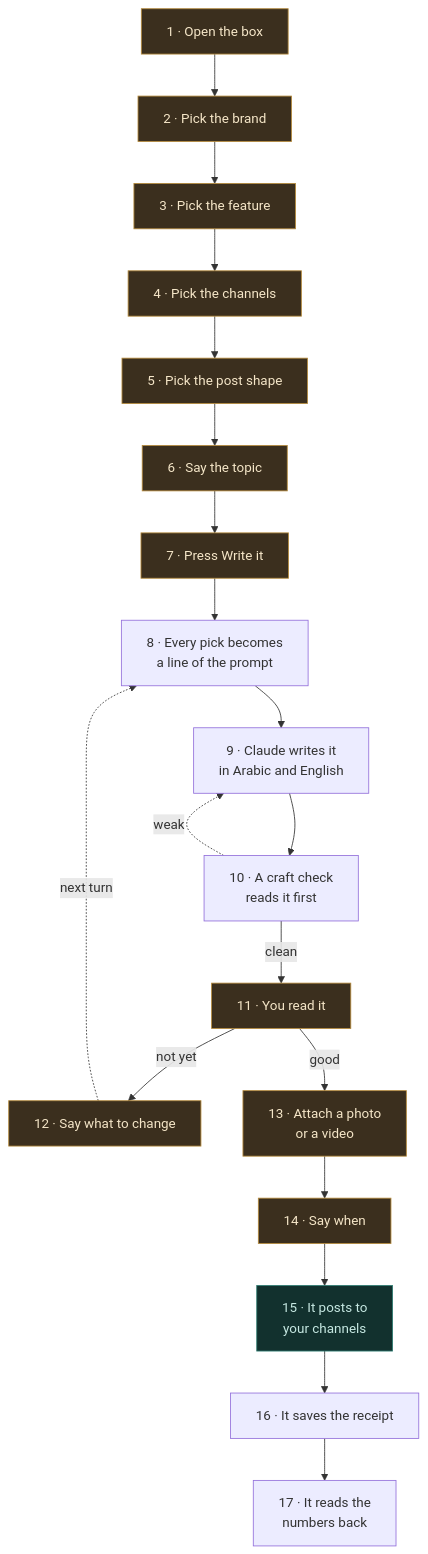
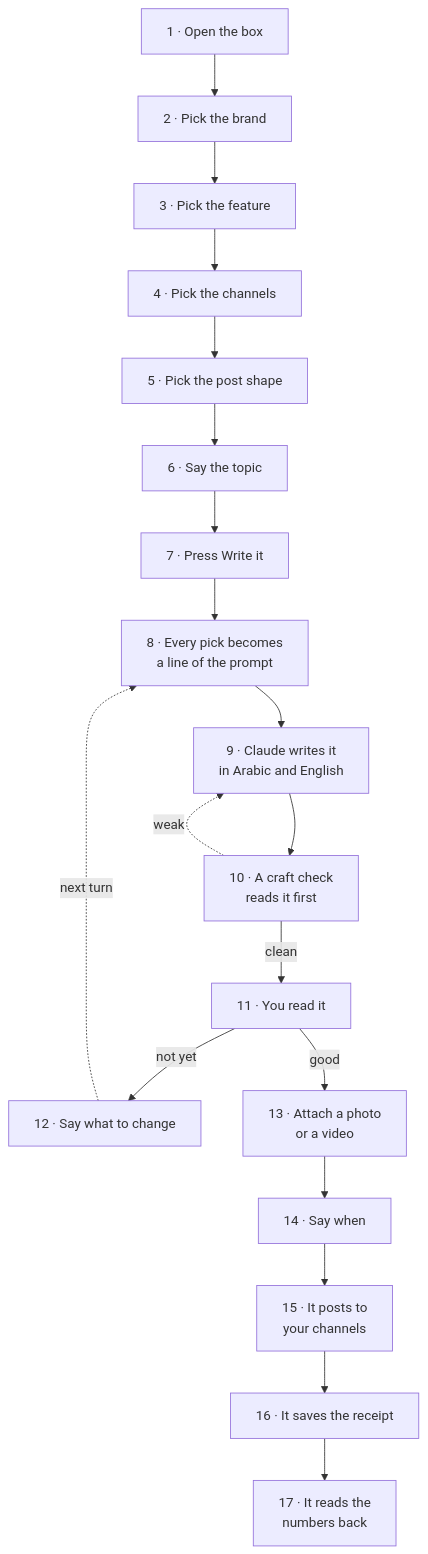
The first of 2 diagrams in content/docs/social/index.mdx (databayt/kun), drawn with Mermaid before and after one commit. The commit also changed other lines of this file, not shown here.

````diff
--- a/content/docs/social/index.mdx
+++ b/content/docs/social/index.mdx
@@ -15,32 +16,27 @@
 ```mermaid
 graph TD
     S1["1 · Open the box"]
     S2["2 · Pick the brand"]
     S3["3 · Pick the feature"]
     S4["4 · Pick the channels"]
     S5["5 · Pick the post shape"]
     S6["6 · Say the topic"]
     S7["7 · Press Write it"]
     S8["8 · Every pick becomes<br/>a line of the prompt"]
     S9["9 · Claude writes it<br/>in Arabic and English"]
     S10["10 · A craft check<br/>reads it first"]
     S11["11 · You read it"]
     S12["12 · Say what to change"]
     S13["13 · Attach a photo<br/>or a video"]
     S14["14 · Say when"]
     S15["15 · It posts to<br/>your channels"]
     S16["16 · It saves the receipt"]
     S17["17 · It reads the<br/>numbers back"]
 
     S1 --> S2 --> S3 --> S4 --> S5 --> S6 --> S7 --> S8 --> S9 --> S10
     S10 -. "weak" .-> S9
     S10 -- "clean" --> S11
     S11 -- "not yet" --> S12
     S12 -. "next turn" .-> S8
     S11 -- "good" --> S13 --> S14 --> S15 --> S16 --> S17
-
-    classDef you fill:#3b2f1e,stroke:#b58a3c,color:#f5e6c8;
-    classDef live fill:#12312e,stroke:#2f7d72,color:#c6e8e2;
-    class S1,S2,S3,S4,S5,S6,S7,S11,S12,S13,S14 you;
-    class S15 live;
 ```
````
